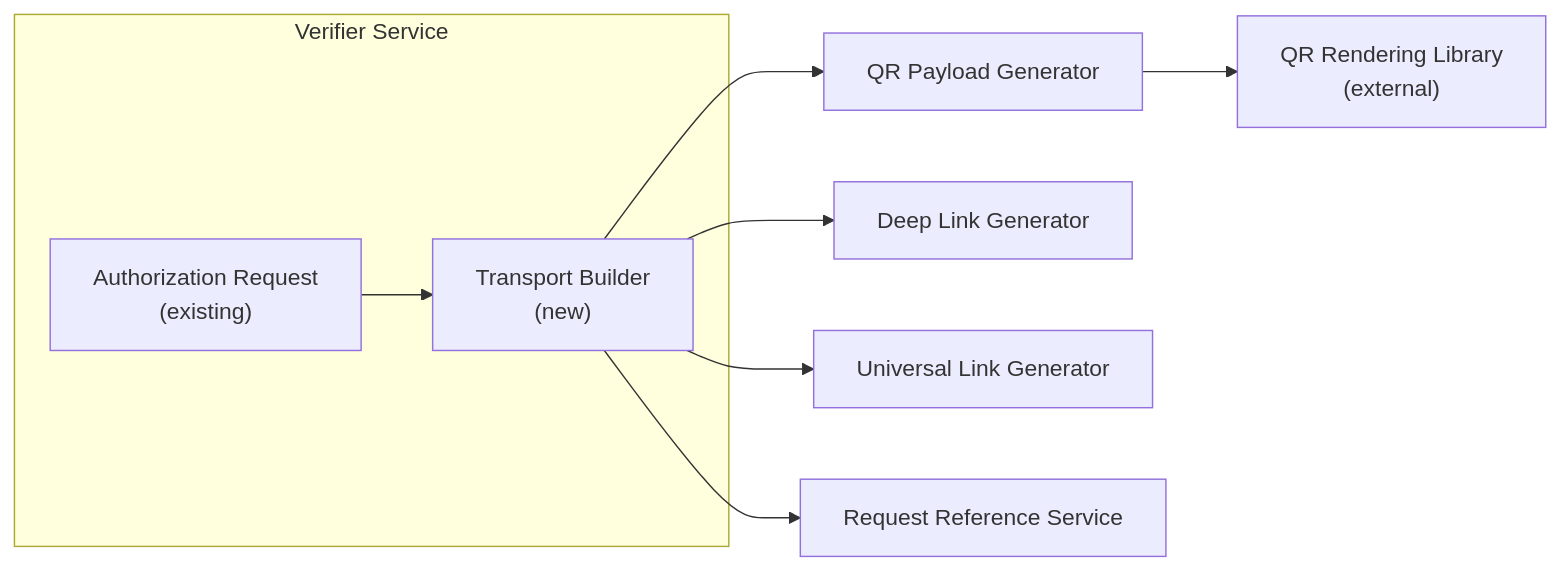
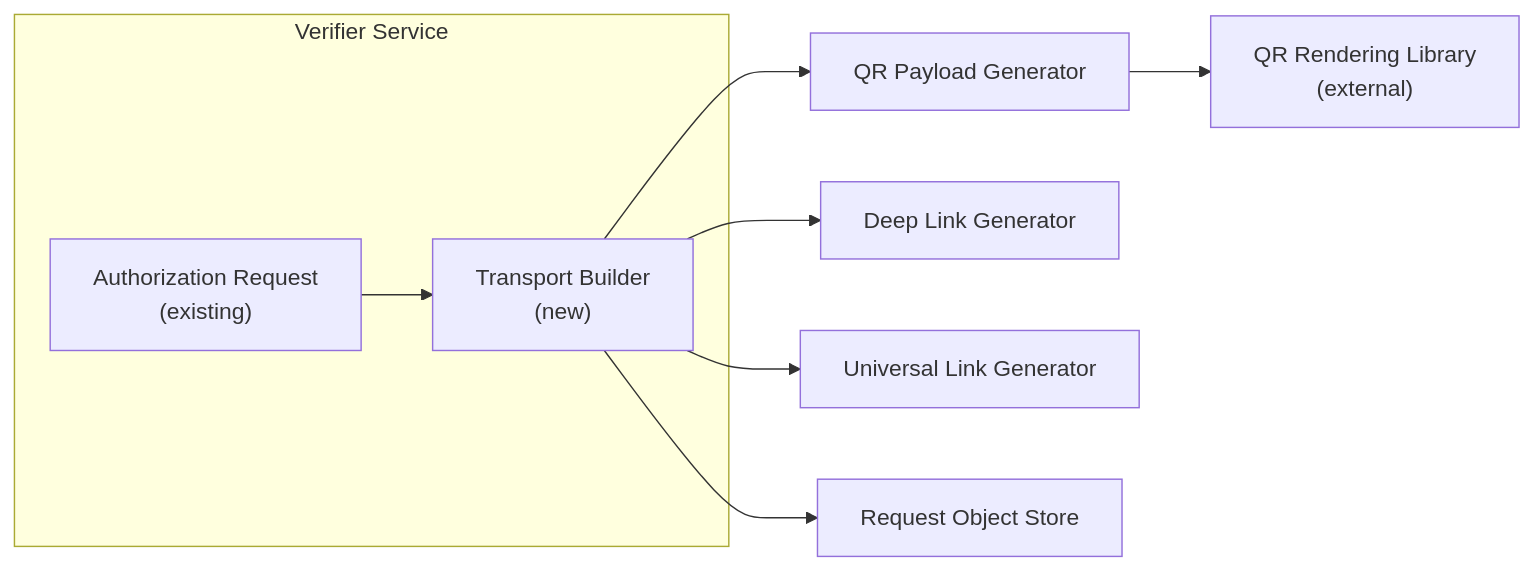
Before and after one commit to openwallet-foundation-labs/sd-jwt-dotnet: the first of 3 diagrams in docs/proposals/delivery-qr-deep-links.md, drawn with Mermaid. The commit also changed other lines of this file and 6 other files, not shown here.

````diff
--- a/docs/proposals/delivery-qr-deep-links.md
+++ b/docs/proposals/delivery-qr-deep-links.md
@@ -45,16 +56,16 @@
 ```mermaid
 flowchart LR
     subgraph Verifier["Verifier Service"]
         AuthzReq["Authorization Request<br/>(existing)"]
         Transport["Transport Builder<br/>(new)"]
     end
 
     Transport --> QR["QR Payload Generator"]
     Transport --> DL["Deep Link Generator"]
     Transport --> UL["Universal Link Generator"]
-    Transport --> ReqRef["Request Reference Service"]
+    Transport --> ReqRef["Request Object Store"]
 
     QR --> QRLib["QR Rendering Library<br/>(external)"]
 
     AuthzReq --> Transport
 ```
````
